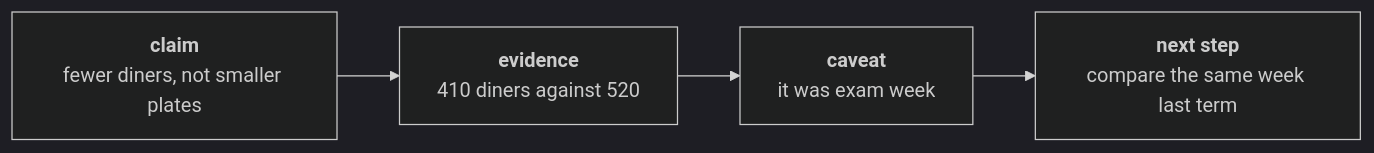
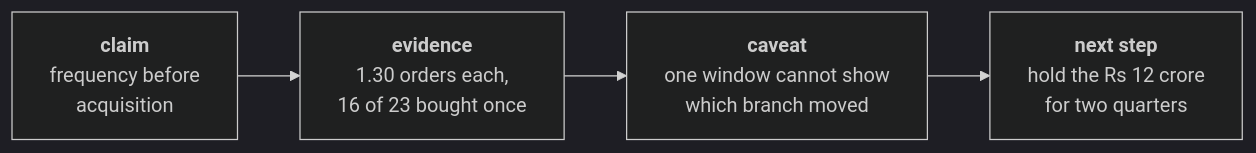
Before and after one commit to fde-academy-lab/c2-content-factory: the tenth of 11 diagrams in content/W01/D1/slides/C2_W01_D01_half2_STUDENT.md, drawn with Mermaid (dark theme). The commit also changed other lines of this file and 1 other file, not shown here.

````diff
--- a/content/W01/D1/slides/C2_W01_D01_half2_STUDENT.md
+++ b/content/W01/D1/slides/C2_W01_D01_half2_STUDENT.md
@@ -474,4 +530,6 @@
 ```mermaid
 flowchart LR
-    A["<b>claim</b><br/>fewer diners, not smaller plates"] --> B["<b>evidence</b><br/>410 diners against 520"] --> C["<b>caveat</b><br/>it was exam week"] --> D["<b>next step</b><br/>compare the same week last term"]
+    A["<b>claim</b><br/>frequency before<br/>acquisition"] --> B["<b>evidence</b><br/>1.30 orders each,<br/>16 of 23 bought once"]
+    B --> C["<b>caveat</b><br/>one window cannot show<br/>which branch moved"]
+    C --> D["<b>next step</b><br/>hold the Rs 12 crore<br/>for two quarters"]
 ```
````
